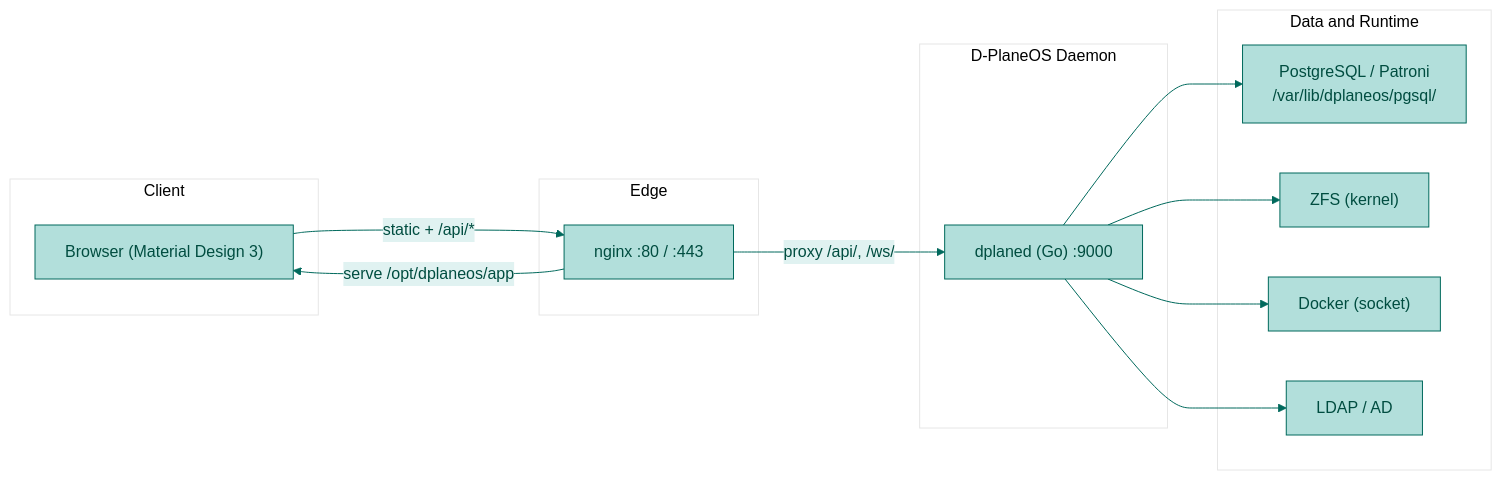
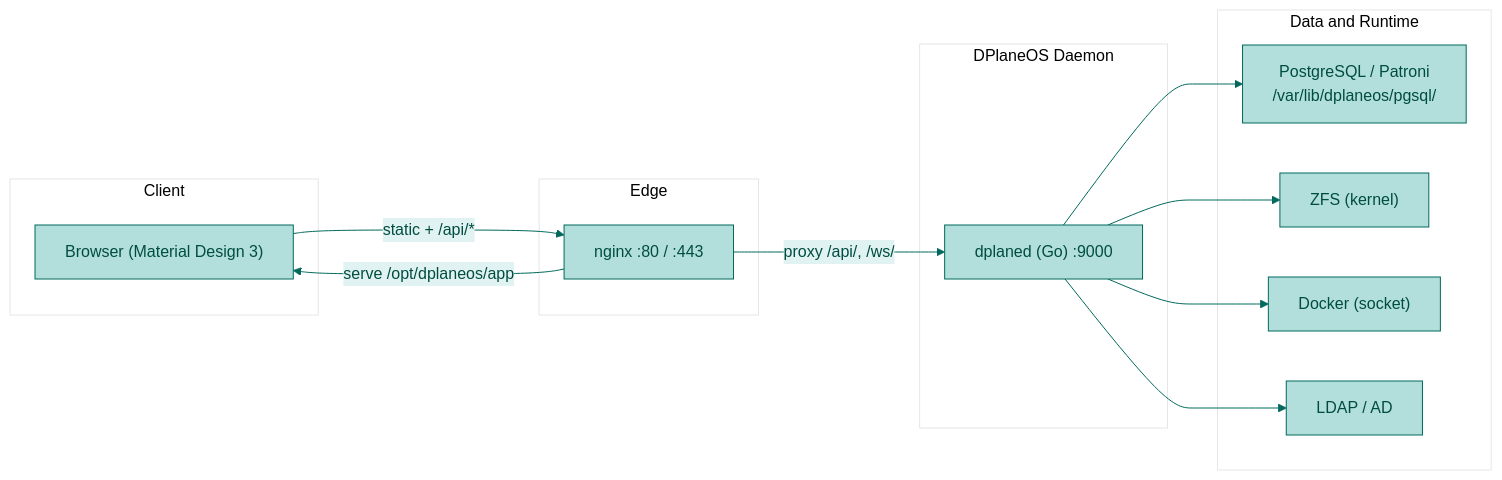
One commit to 4nonX/DPlaneOS changed the first of 6 diagrams in docs/development/CODEBASE-DIAGRAM.md. Above: the diagram before and after it, drawn with Mermaid. The commit also changed other lines of this file and 103 other files, not shown here.

Commit message:
chore: rename D-PlaneOS to DPlaneOS and update repo URLs throughout [skip ci]

````diff
--- a/docs/development/CODEBASE-DIAGRAM.md
+++ b/docs/development/CODEBASE-DIAGRAM.md
@@ -9,30 +9,30 @@
 ```mermaid
 %%{init: {'theme':'base', 'themeVariables': { 'primaryColor':'#b2dfdb', 'primaryTextColor':'#004d40', 'primaryBorderColor':'#00695c', 'lineColor':'#00695c', 'secondaryColor':'#e0f2f1', 'tertiaryColor':'#fff' }}}%%
 flowchart LR
     subgraph Client
         Browser["Browser (Material Design 3)"]
     end
 
     subgraph Edge
         nginx["nginx :80 / :443"]
     end
 
-    subgraph Backend["D-PlaneOS Daemon"]
+    subgraph Backend["DPlaneOS Daemon"]
         dplaned["dplaned (Go) :9000"]
     end
 
     subgraph Data["Data and Runtime"]
         PostgreSQL["PostgreSQL / Patroni\n/var/lib/dplaneos/pgsql/"]
         ZFS["ZFS (kernel)"]
         Docker["Docker (socket)"]
         LDAP["LDAP / AD"]
     end
 
     Browser -->|"static + /api/*"| nginx
     nginx -->|"proxy /api/, /ws/"| dplaned
     nginx -->|"serve /opt/dplaneos/app"| Browser
     dplaned --> PostgreSQL
     dplaned --> ZFS
     dplaned --> Docker
     dplaned --> LDAP
 ```
````
